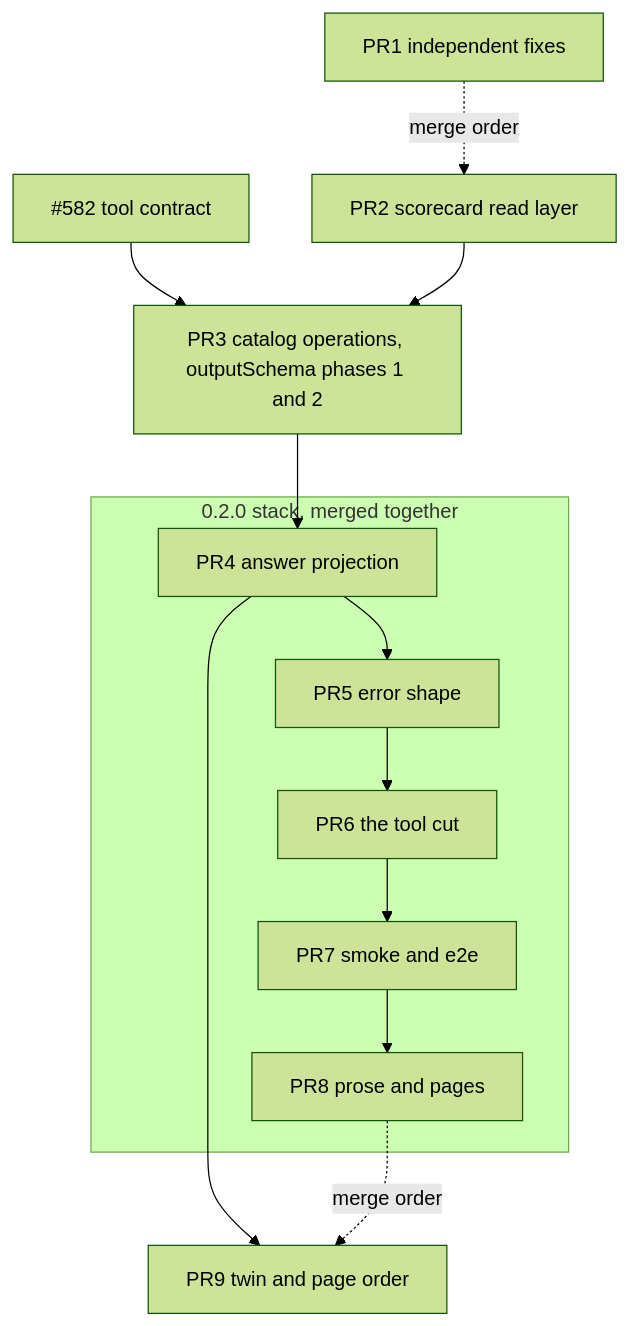
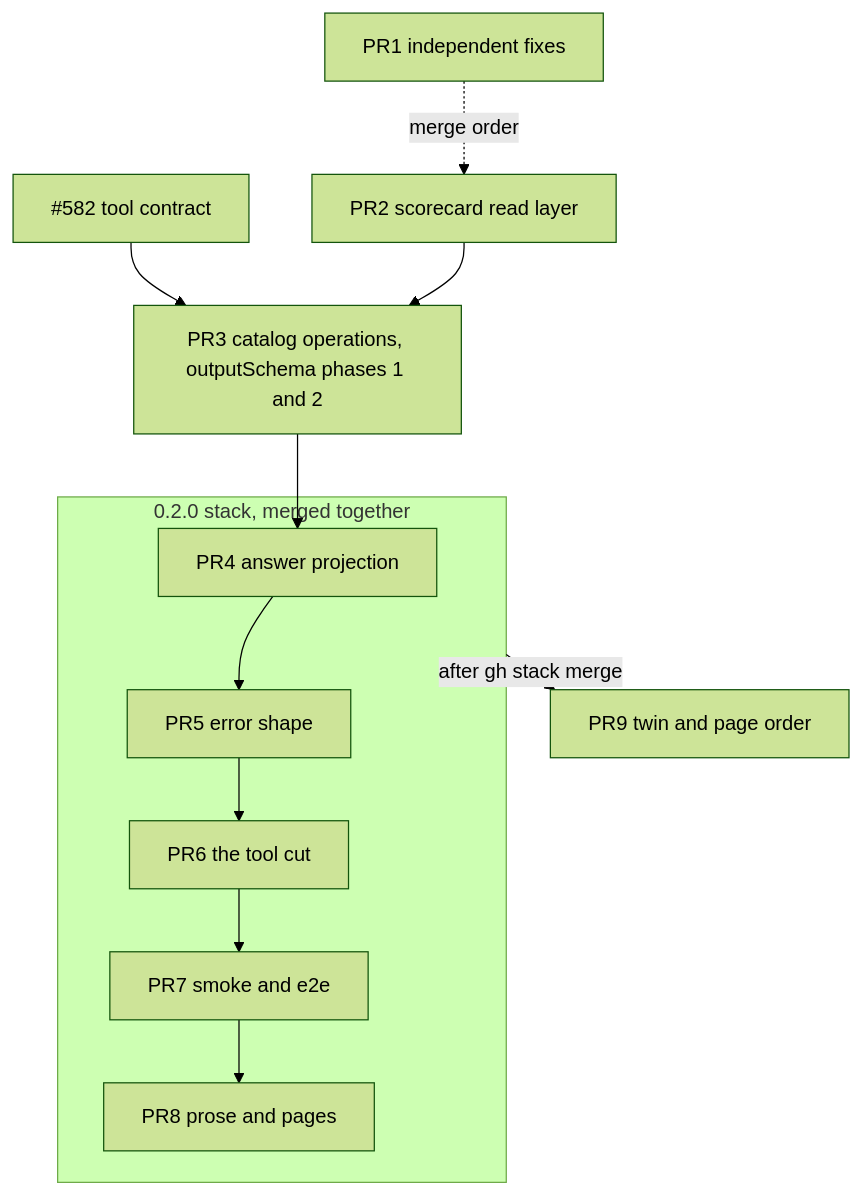
The third of 3 diagrams in docs/plans/2026-11-12-2154-feat-mcp-operation-layer-plan.md (brettdavies/agentnative-site), drawn with Mermaid (forest theme) before and after one commit. The commit also changed other lines of this file, not shown here.

````diff
--- a/docs/plans/2026-11-12-2154-feat-mcp-operation-layer-plan.md
+++ b/docs/plans/2026-11-12-2154-feat-mcp-operation-layer-plan.md
@@ -327,12 +336,11 @@
 ```mermaid
 flowchart TB
   X582[#582 tool contract] --> PR3
   PR1[PR1 independent fixes] -.merge order.-> PR2
   PR2[PR2 scorecard read layer] --> PR3[PR3 catalog operations, outputSchema phases 1 and 2]
   PR3 --> PR4
   subgraph Stack[0.2.0 stack, merged together]
     PR4[PR4 answer projection] --> PR5[PR5 error shape] --> PR6[PR6 the tool cut] --> PR7[PR7 smoke and e2e] --> PR8[PR8 prose and pages]
   end
-  PR4 --> PR9[PR9 twin and page order]
-  PR8 -.merge order.-> PR9
+  Stack -->|after gh stack merge| PR9[PR9 twin and page order]
 ```
````
